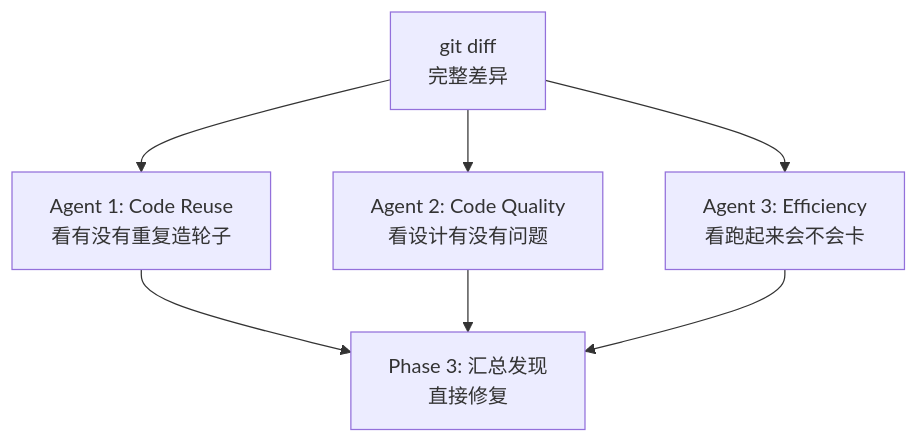
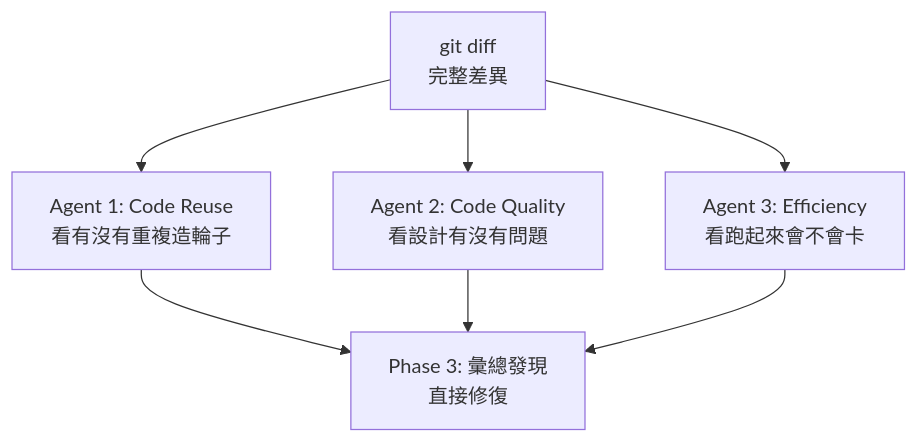
One commit to tuanpm2026/java-guide changed the diagram in docs/ai-coding/claudecode-commands.md. Above: the diagram before and after it, drawn with Mermaid. The commit also changed other lines of this file and 30 other files, not shown here.

````diff
--- a/docs/ai-coding/claudecode-commands.md
+++ b/docs/ai-coding/claudecode-commands.md
@@ -40,9 +40,9 @@
 ```mermaid
 flowchart TB
-    Diff["git diff<br/>完整差异"] --> A1["Agent 1: Code Reuse<br/>看有没有重复造轮子"]
-    Diff --> A2["Agent 2: Code Quality<br/>看设计有没有问题"]
-    Diff --> A3["Agent 3: Efficiency<br/>看跑起来会不会卡"]
-    A1 --> Fix["Phase 3: 汇总发现<br/>直接修复"]
+    Diff["git diff<br/>完整差異"] --> A1["Agent 1: Code Reuse<br/>看有沒有重複造輪子"]
+    Diff --> A2["Agent 2: Code Quality<br/>看設計有沒有問題"]
+    Diff --> A3["Agent 3: Efficiency<br/>看跑起來會不會卡"]
+    A1 --> Fix["Phase 3: 彙總發現<br/>直接修復"]
     A2 --> Fix
     A3 --> Fix
 ```
````
